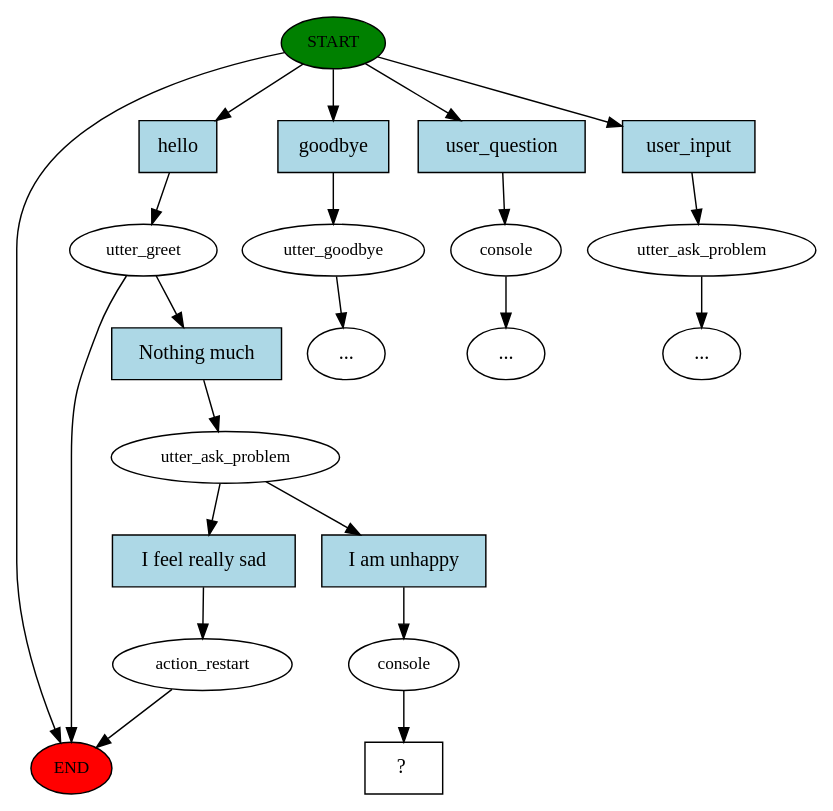
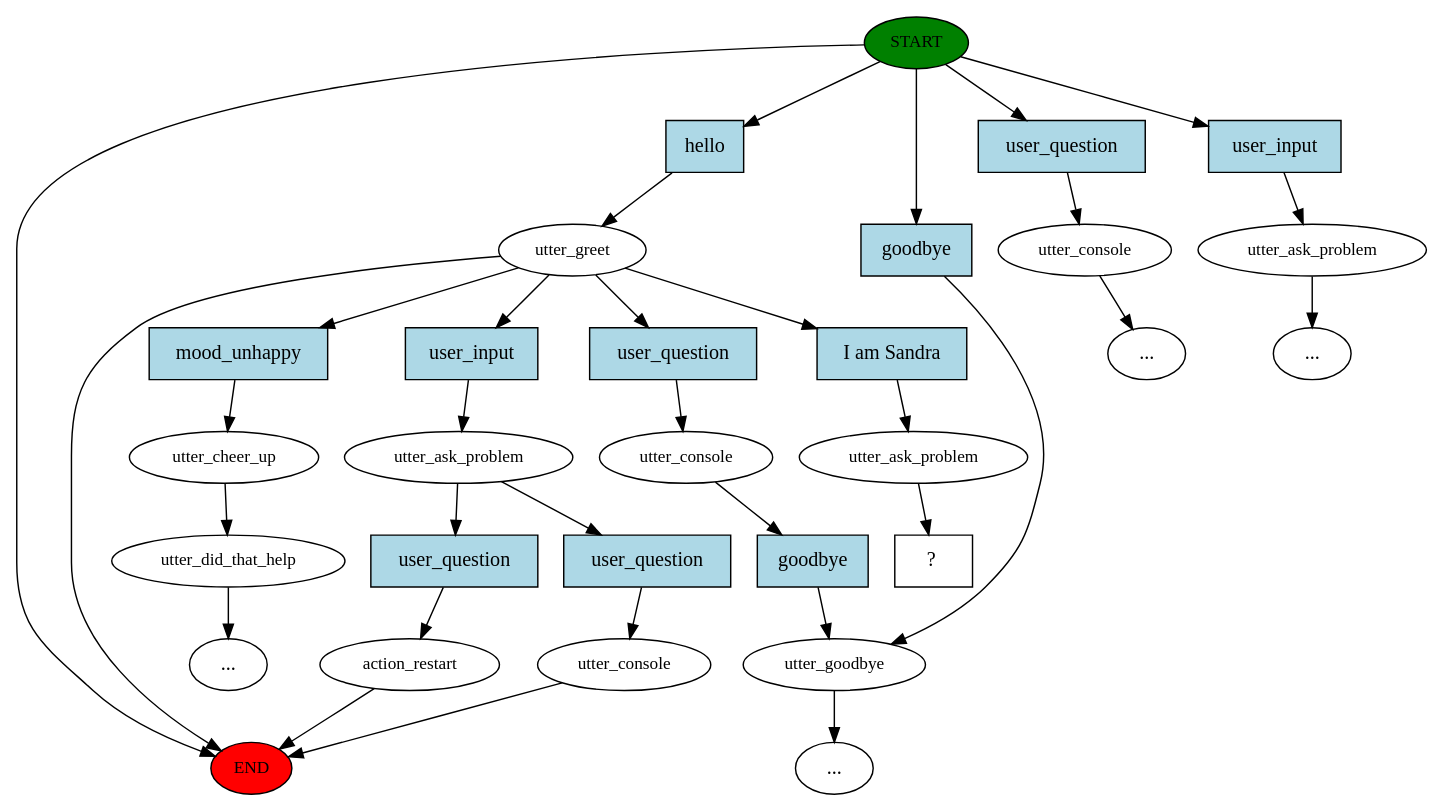
Before and after one commit to SandraAnildas/Quinn_Main_Project_2019: the diagram in story_graph.dot, drawn with Graphviz. The commit also changed 7 other files, not shown here.

```diff
--- a/story_graph.dot
+++ b/story_graph.dot
@@ -1,43 +1,63 @@
 digraph  {
 0 [class="start active", fillcolor=green, fontsize=12, label=START, style=filled];
 "-1" [class=end, fillcolor=red, fontsize=12, label=END, style=filled];
 1 [class=active, fontsize=12, label=utter_greet];
 2 [class="", fontsize=12, label=utter_goodbye];
-"-3" [class=ellipsis, label="..."];
-3 [class="", fontsize=12, label=console];
+3 [class="", fontsize=12, label=utter_console];
 "-4" [class=ellipsis, label="..."];
 4 [class="", fontsize=12, label=utter_ask_problem];
+6 [class="", fontsize=12, label=utter_cheer_up];
+7 [class="", fontsize=12, label=utter_did_that_help];
 "-6" [class=ellipsis, label="..."];
-7 [class=active, fontsize=12, label=utter_ask_problem];
-8 [class="", fontsize=12, label=action_restart];
-11 [class=active, fontsize=12, label=console];
-12 [class="intent dashed active", label="  ?  ", shape=rect];
-13 [class="intent active", fillcolor=lightblue, label=hello, shape=rect, style=filled];
-14 [class=intent, fillcolor=lightblue, label=goodbye, shape=rect, style=filled];
-15 [class=intent, fillcolor=lightblue, label=user_question, shape=rect, style=filled];
-16 [class=intent, fillcolor=lightblue, label=user_input, shape=rect, style=filled];
-17 [class="intent active", fillcolor=lightblue, label="Nothing much", shape=rect, style=filled];
-18 [class=intent, fillcolor=lightblue, label="I feel really sad", shape=rect, style=filled];
-19 [class="intent active", fillcolor=lightblue, label="I am unhappy", shape=rect, style=filled];
+"-7" [class=ellipsis, label="..."];
+10 [class="", fontsize=12, label=utter_ask_problem];
+11 [class="", fontsize=12, label=action_restart];
+14 [class="", fontsize=12, label=utter_console];
+16 [class="", fontsize=12, label=utter_console];
+"-8" [class=ellipsis, label="..."];
+19 [class=active, fontsize=12, label=utter_ask_problem];
+20 [class="intent dashed active", label="  ?  ", shape=rect];
+21 [class="intent active", fillcolor=lightblue, label=hello, shape=rect, style=filled];
+22 [class=intent, fillcolor=lightblue, label=goodbye, shape=rect, style=filled];
+23 [class=intent, fillcolor=lightblue, label=user_question, shape=rect, style=filled];
+24 [class=intent, fillcolor=lightblue, label=user_input, shape=rect, style=filled];
+25 [class=intent, fillcolor=lightblue, label=mood_unhappy, shape=rect, style=filled];
+26 [class=intent, fillcolor=lightblue, label=user_input, shape=rect, style=filled];
+27 [class=intent, fillcolor=lightblue, label=user_question, shape=rect, style=filled];
+28 [class="intent active", fillcolor=lightblue, label="I am Sandra", shape=rect, style=filled];
+29 [class=intent, fillcolor=lightblue, label=user_question, shape=rect, style=filled];
+30 [class=intent, fillcolor=lightblue, label=user_question, shape=rect, style=filled];
+31 [class=intent, fillcolor=lightblue, label=goodbye, shape=rect, style=filled];
 0 -> "-1"  [class="", key=NONE, label=""];
-0 -> 13  [class=active, key=0];
-0 -> 14  [class="", key=0];
-0 -> 15  [class="", key=0];
-0 -> 16  [class="", key=0];
+0 -> 21  [class=active, key=0];
+0 -> 22  [class="", key=0];
+0 -> 23  [class="", key=0];
+0 -> 24  [class="", key=0];
 1 -> "-1"  [class="", key=NONE, label=""];
-1 -> 17  [class=active, key=0];
-2 -> "-3"  [class="", key=NONE, label=""];
+1 -> 25  [class="", key=0];
+1 -> 26  [class="", key=0];
+1 -> 27  [class="", key=0];
+1 -> 28  [class=active, key=0];
+2 -> "-8"  [class="", key=NONE, label=""];
 3 -> "-4"  [class="", key=NONE, label=""];
-4 -> "-6"  [class="", key=NONE, label=""];
-7 -> 18  [class="", key=0];
-7 -> 19  [class=active, key=0];
-8 -> "-1"  [class="", key=NONE, label=""];
-11 -> 12  [class=active, key=NONE, label=""];
-13 -> 1  [class=active, key=0];
-14 -> 2  [class="", key=0];
-15 -> 3  [class="", key=0];
-16 -> 4  [class="", key=0];
-17 -> 7  [class=active, key=0];
-18 -> 8  [class="", key=0];
-19 -> 11  [class=active, key=0];
+4 -> "-7"  [class="", key=NONE, label=""];
+6 -> 7  [class="", key=NONE, label=""];
+7 -> "-6"  [class="", key=NONE, label=""];
+10 -> 29  [class="", key=0];
+10 -> 30  [class="", key=0];
+11 -> "-1"  [class="", key=NONE, label=""];
+14 -> "-1"  [class="", key=NONE, label=""];
+16 -> 31  [class="", key=0];
+19 -> 20  [class=active, key=NONE, label=""];
+21 -> 1  [class=active, key=0];
+22 -> 2  [class="", key=0];
+23 -> 3  [class="", key=0];
+24 -> 4  [class="", key=0];
+25 -> 6  [class="", key=0];
+26 -> 10  [class="", key=0];
+27 -> 16  [class="", key=0];
+28 -> 19  [class=active, key=0];
+29 -> 11  [class="", key=0];
+30 -> 14  [class="", key=0];
+31 -> 2  [class="", key=0];
 }
```
